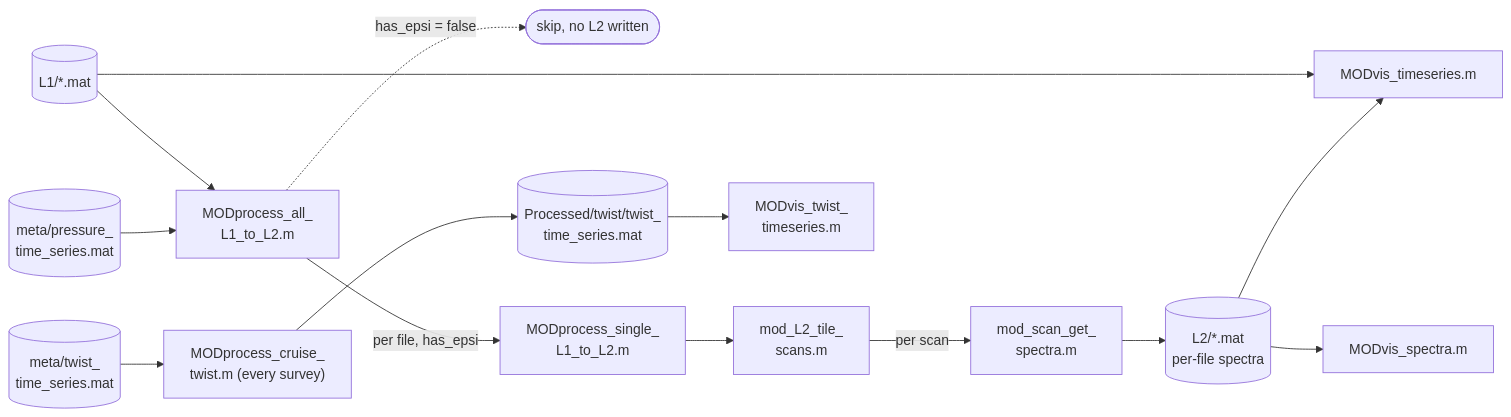
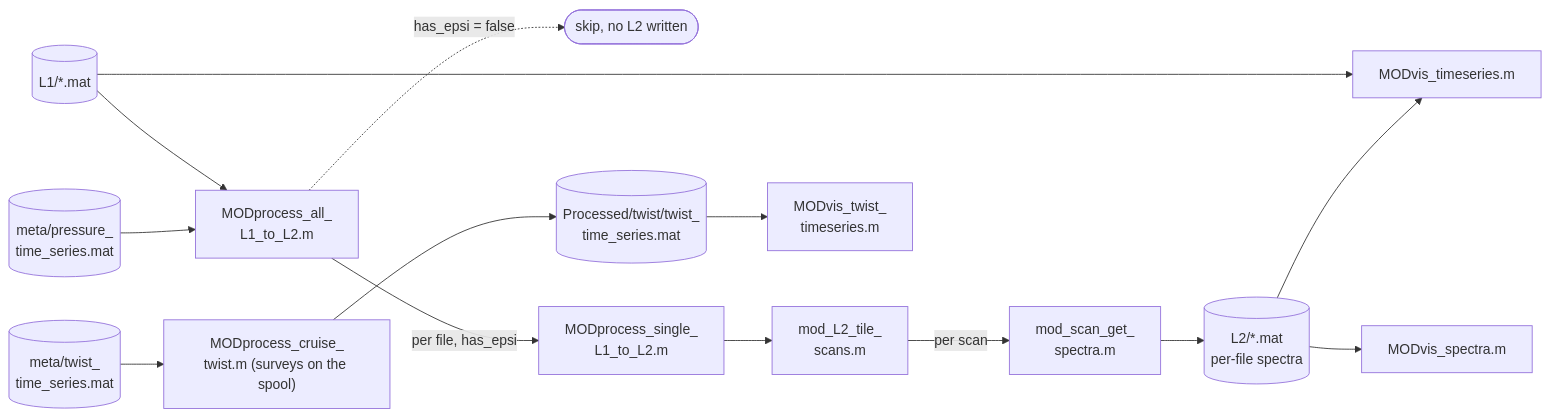
The second of 4 diagrams in docs/workflow/pipeline_overview.md (nicolecouto/MOD_fish_processing), drawn with Mermaid before and after one commit. The commit also changed other lines of this file and 23 other files, not shown here.

First line of the commit message:
Twist follows the data; ON THE WINCH SPOOL / LAB TEST switch

````diff
--- a/docs/workflow/pipeline_overview.md
+++ b/docs/workflow/pipeline_overview.md
@@ -111,21 +111,21 @@
 ```mermaid
 flowchart LR
   L1OUT[("L1/*.mat")]
   PTSOUT[("meta/pressure_<br/>time_series.mat")]
   TWISTOUT[("meta/twist_<br/>time_series.mat")]
 
   L1OUT --> L2ALL["MODprocess_all_<br/>L1_to_L2.m"]
   PTSOUT --> L2ALL
   L2ALL -.->|"has_epsi = false"| SKIP(["skip, no L2 written"])
   L2ALL -->|per file, has_epsi| L2ONE["MODprocess_single_<br/>L1_to_L2.m"]
   L2ONE --> TILE["mod_L2_tile_<br/>scans.m"]
   TILE -->|per scan| SPEC["mod_scan_get_<br/>spectra.m"]
   SPEC --> L2OUT[("L2/*.mat<br/>per-file spectra")]
 
   L1OUT --> VIS1["MODvis_timeseries.m"]
   L2OUT --> VIS1
   L2OUT --> VIS2["MODvis_spectra.m"]
-  TWISTOUT --> CRUISE["MODprocess_cruise_<br/>twist.m (every survey)"]
+  TWISTOUT --> CRUISE["MODprocess_cruise_<br/>twist.m (surveys on the spool)"]
   CRUISE --> CRUISEOUT[("Processed/twist/twist_<br/>time_series.mat")]
   CRUISEOUT --> VIS3["MODvis_twist_<br/>timeseries.m"]
 ```
````
